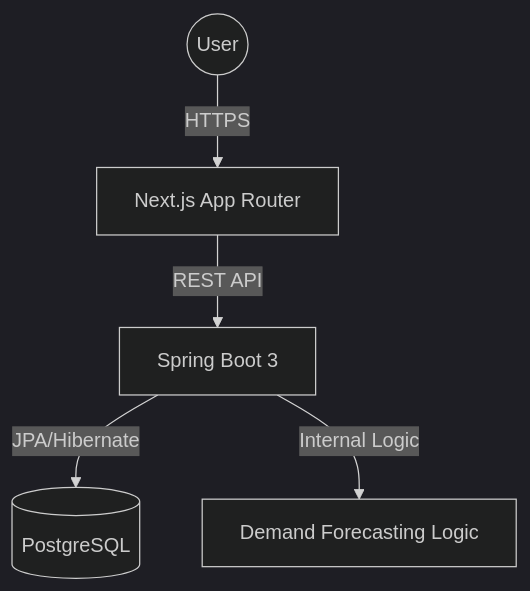
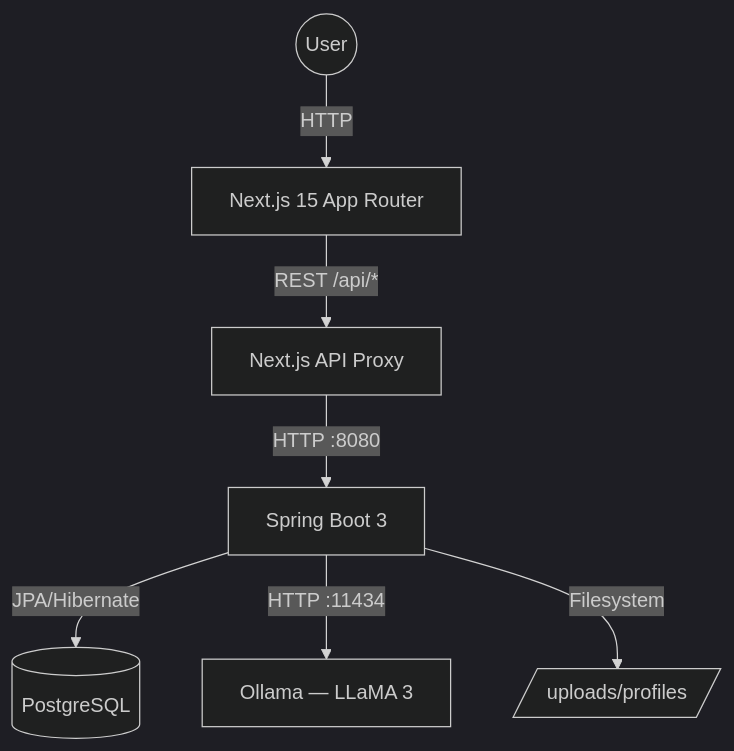
One commit to ImaneElla/inventory-system changed the second of 2 diagrams in README.md. Above: the diagram before and after it, drawn with Mermaid (dark theme). The commit also changed other lines of this file, not shown here.

````diff
--- a/README.md
+++ b/README.md
@@ -107,7 +240,9 @@
 ```mermaid
 graph TD
-    User((User)) -->|HTTPS| Frontend[Next.js App Router]
-    Frontend -->|REST API | Backend[Spring Boot 3]
+    User((User)) -->|HTTP| Frontend[Next.js 15 App Router]
+    Frontend -->|REST /api/*| NextProxy[Next.js API Proxy]
+    NextProxy -->|HTTP :8080| Backend[Spring Boot 3]
     Backend -->|JPA/Hibernate| DB[(PostgreSQL)]
-    Backend -->|Internal Logic| AI[Demand Forecasting Logic]
+    Backend -->|HTTP :11434| Ollama[Ollama — LLaMA 3]
+    Backend -->|Filesystem| Uploads[/uploads/profiles/]
 ```
````
